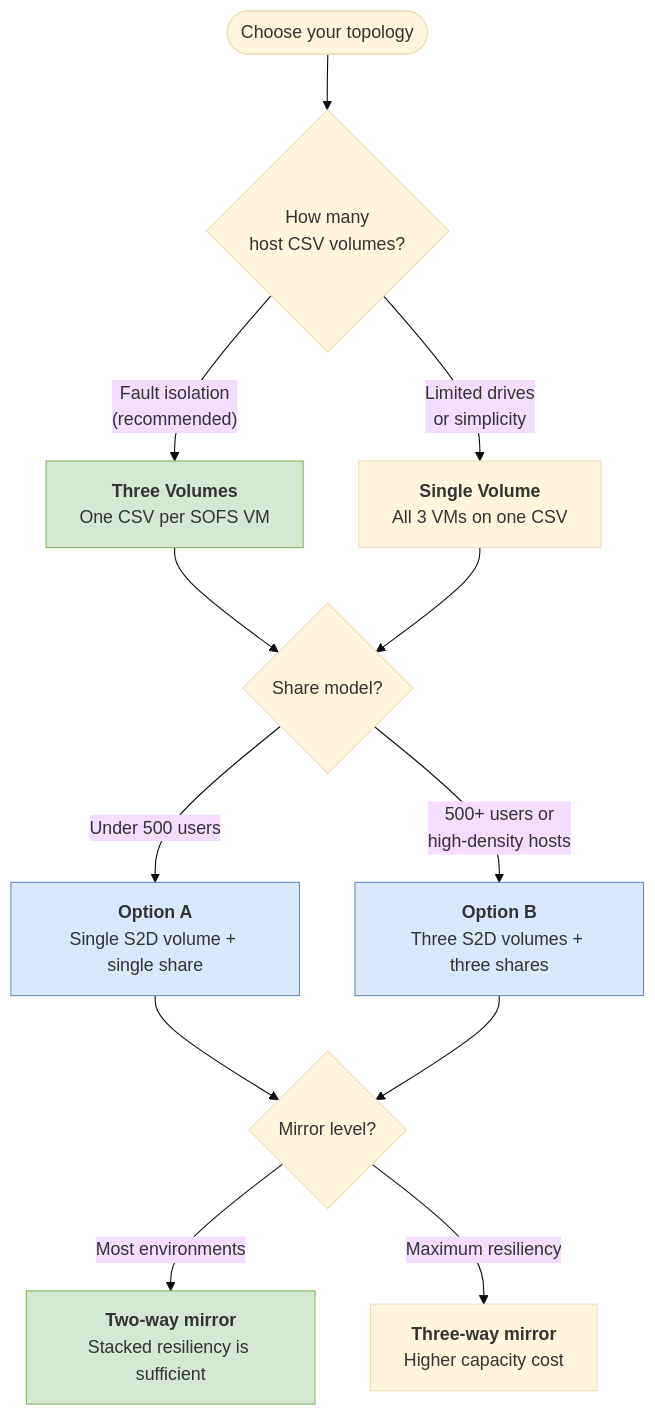
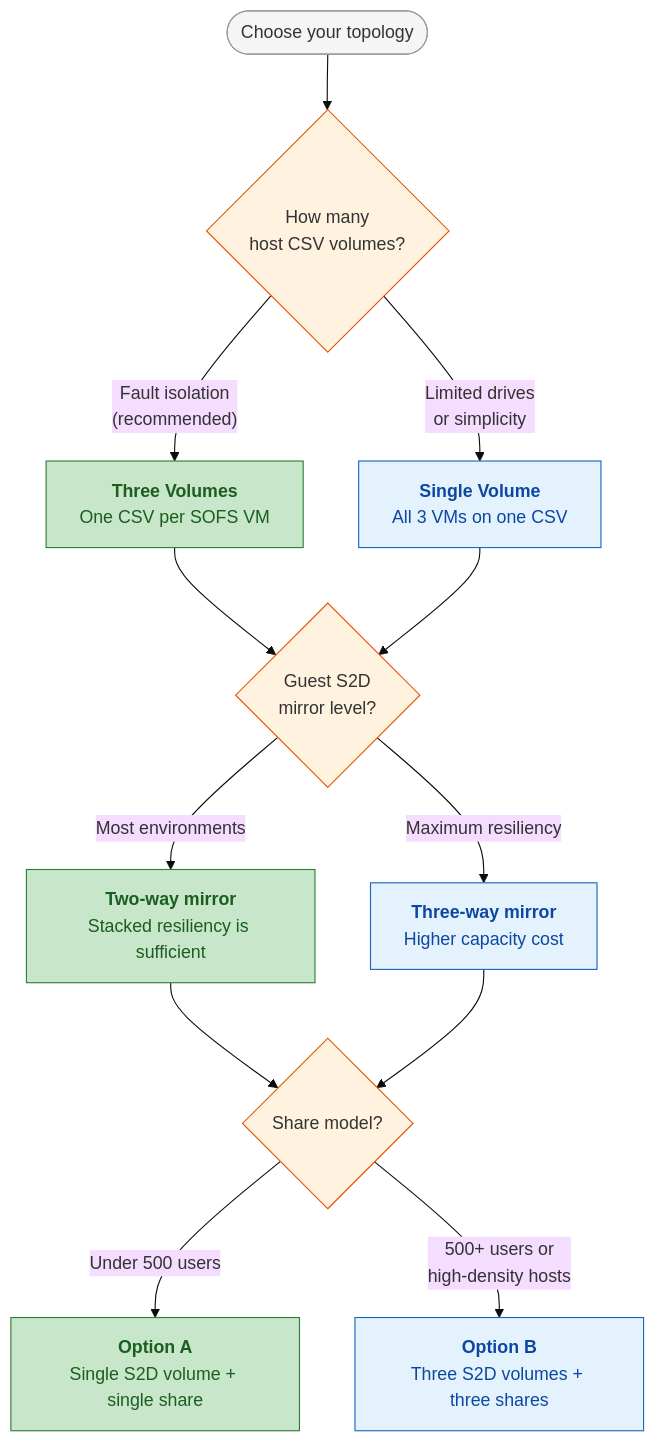
Before and after one commit to AzureLocal/azurelocal-sofs-fslogix: the first of 2 diagrams in docs/architecture/overview.md, drawn with Mermaid (base theme).

Commit message:
docs: reorder decision flowchart (mirror after host volumes) and fix dark mode colors

````diff
--- a/docs/architecture/overview.md
+++ b/docs/architecture/overview.md
@@ -19,23 +19,29 @@
 ```mermaid
 flowchart TD
     Start(["Choose your topology"]) --> D1{"How many<br/>host CSV volumes?"}
     D1 -->|"Fault isolation<br/>(recommended)"| ThreeVol["<b>Three Volumes</b><br/>One CSV per SOFS VM"]
     D1 -->|"Limited drives<br/>or simplicity"| OneVol["<b>Single Volume</b><br/>All 3 VMs on one CSV"]
 
-    ThreeVol --> D2{"Share model?"}
+    ThreeVol --> D2{"Guest S2D<br/>mirror level?"}
     OneVol --> D2
 
-    D2 -->|"Under 500 users"| OptA["<b>Option A</b><br/>Single S2D volume + single share"]
-    D2 -->|"500+ users or<br/>high-density hosts"| OptB["<b>Option B</b><br/>Three S2D volumes + three shares"]
+    D2 -->|"Most environments"| TwoWay["<b>Two-way mirror</b><br/>Stacked resiliency is sufficient"]
+    D2 -->|"Maximum resiliency"| ThreeWay["<b>Three-way mirror</b><br/>Higher capacity cost"]
 
-    OptA --> D3{"Mirror level?"}
-    OptB --> D3
+    TwoWay --> D3{"Share model?"}
+    ThreeWay --> D3
 
-    D3 -->|"Most environments"| TwoWay["<b>Two-way mirror</b><br/>Stacked resiliency is sufficient"]
-    D3 -->|"Maximum resiliency"| ThreeWay["<b>Three-way mirror</b><br/>Higher capacity cost"]
+    D3 -->|"Under 500 users"| OptA["<b>Option A</b><br/>Single S2D volume + single share"]
+    D3 -->|"500+ users or<br/>high-density hosts"| OptB["<b>Option B</b><br/>Three S2D volumes + three shares"]
 
-    style ThreeVol fill:#d5e8d4,stroke:#82b366,color:#333
-    style TwoWay fill:#d5e8d4,stroke:#82b366,color:#333
-    style OptA fill:#dae8fc,stroke:#6c8ebf,color:#333
-    style OptB fill:#dae8fc,stroke:#6c8ebf,color:#333
+    style Start fill:#f5f5f5,stroke:#999,color:#333
+    style D1 fill:#fff3e0,stroke:#e65100,color:#333
+    style D2 fill:#fff3e0,stroke:#e65100,color:#333
+    style D3 fill:#fff3e0,stroke:#e65100,color:#333
+    style ThreeVol fill:#c8e6c9,stroke:#2e7d32,color:#1b5e20
+    style OneVol fill:#e3f2fd,stroke:#1565c0,color:#0d47a1
+    style TwoWay fill:#c8e6c9,stroke:#2e7d32,color:#1b5e20
+    style ThreeWay fill:#e3f2fd,stroke:#1565c0,color:#0d47a1
+    style OptA fill:#c8e6c9,stroke:#2e7d32,color:#1b5e20
+    style OptB fill:#e3f2fd,stroke:#1565c0,color:#0d47a1
 ```
````
